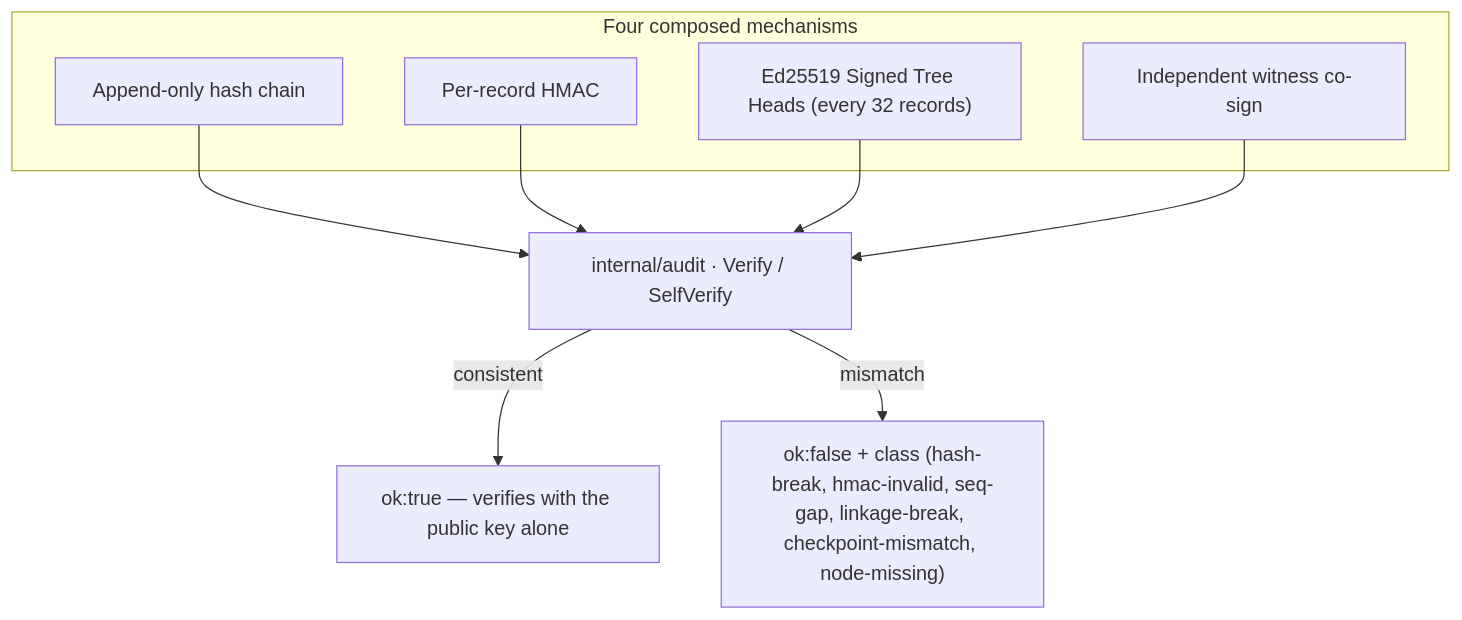
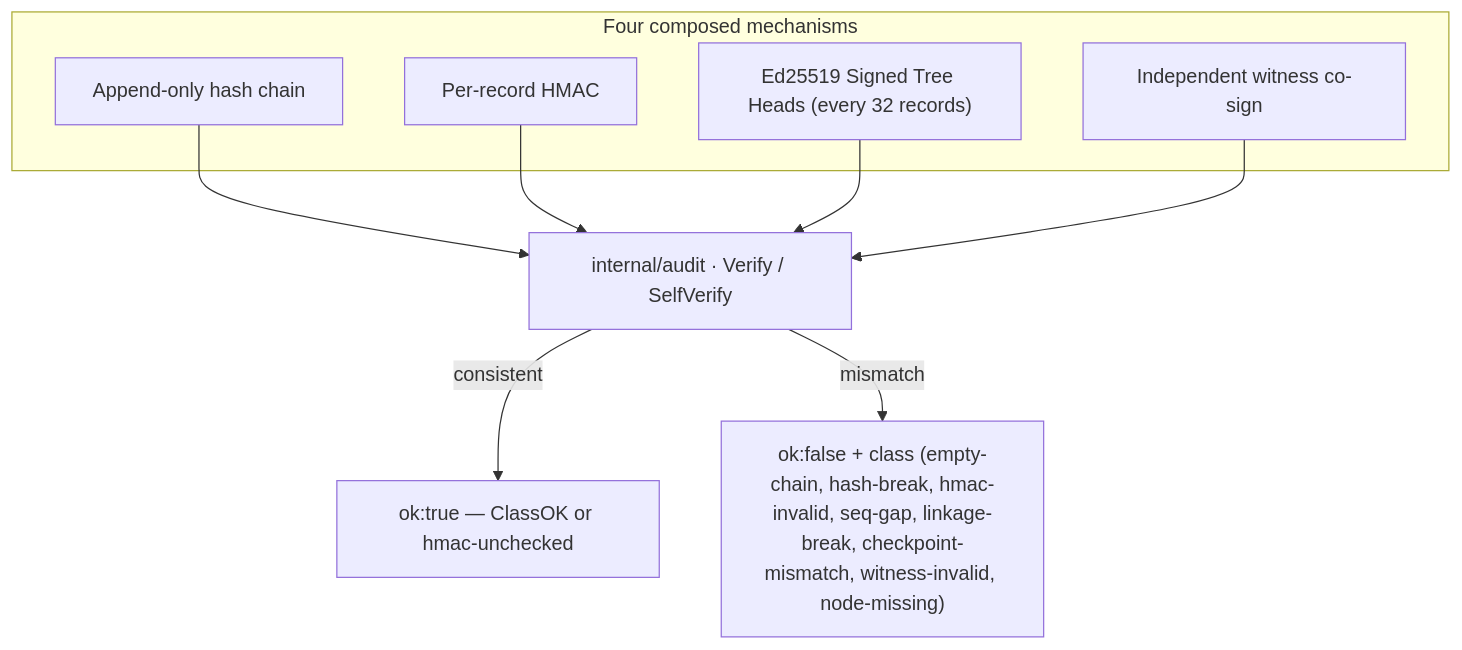
Before and after one commit to modootoday/humanymous: the diagram in docs/how-to/verify-audit-log.md, drawn with Mermaid. The commit also changed other lines of this file and 22 other files, not shown here.

First line of the commit message:
fix(audit): empty-chain fails SelfVerify; auditor keys offline path

````diff
--- a/docs/how-to/verify-audit-log.md
+++ b/docs/how-to/verify-audit-log.md
@@ -29,15 +29,15 @@
 ```mermaid
 flowchart TD
   subgraph Mech["Four composed mechanisms"]
     A["Append-only hash chain"]
     B["Per-record HMAC"]
     C["Ed25519 Signed Tree Heads (every 32 records)"]
     D["Independent witness co-sign"]
   end
   A --> V["internal/audit · Verify / SelfVerify"]
   B --> V
   C --> V
   D --> V
-  V -->|"consistent"| OK["ok:true — verifies with the public key alone"]
-  V -->|"mismatch"| FAIL["ok:false + class (hash-break, hmac-invalid, seq-gap, linkage-break, checkpoint-mismatch, node-missing)"]
+  V -->|"consistent"| OK["ok:true — ClassOK or hmac-unchecked"]
+  V -->|"mismatch"| FAIL["ok:false + class (empty-chain, hash-break, hmac-invalid, seq-gap, linkage-break, checkpoint-mismatch, witness-invalid, node-missing)"]
 ```
````
